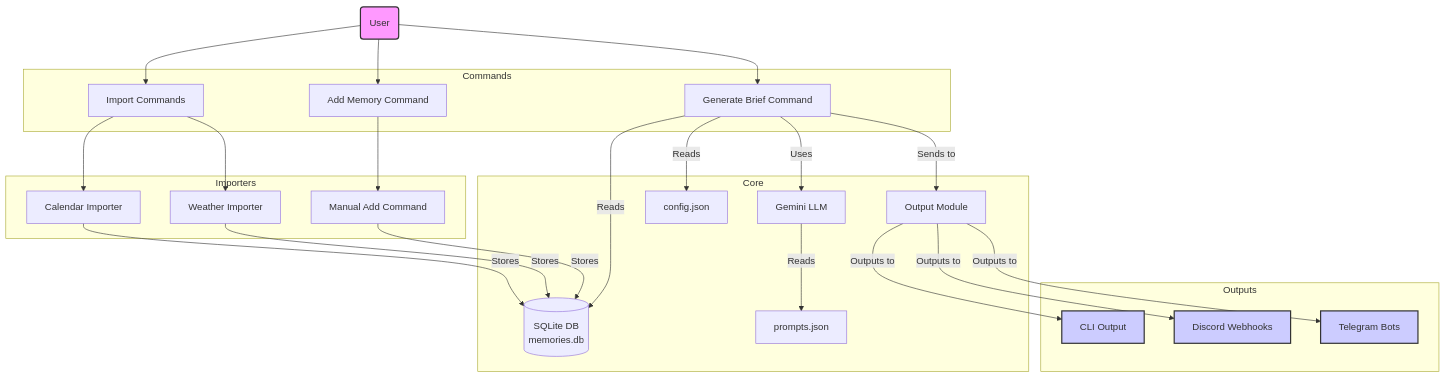
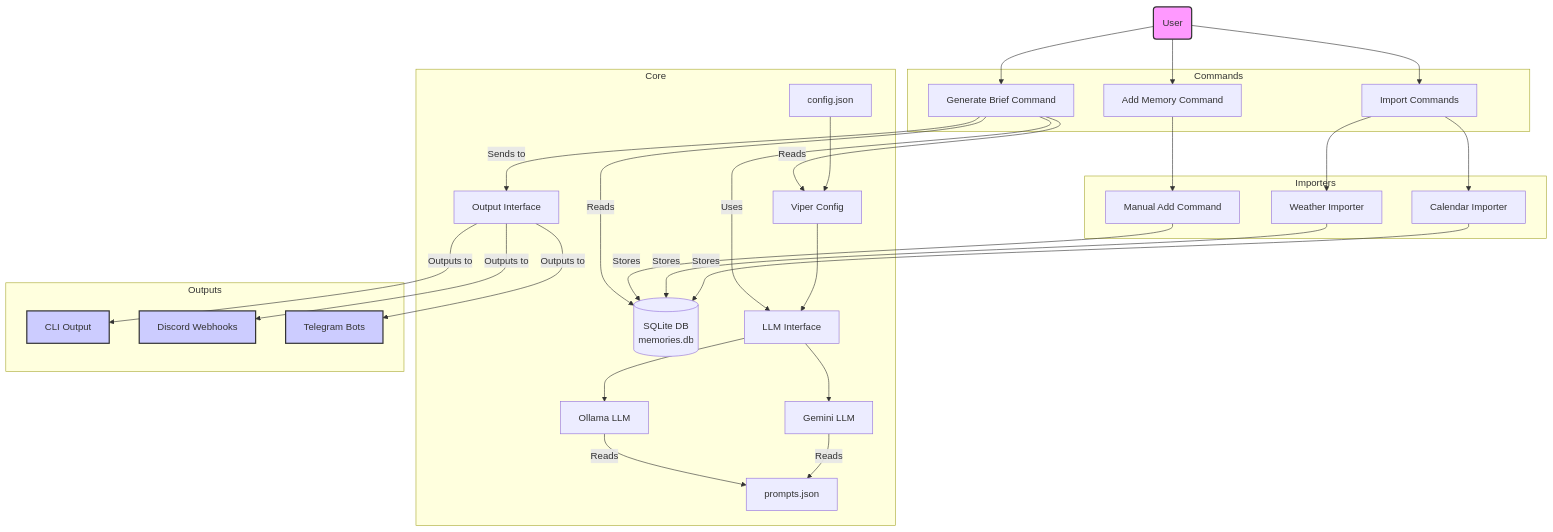
One commit to lepinkainen/hovimestari changed the diagram in PROJECT_CONTEXT.md. Above: the diagram before and after it, drawn with Mermaid. The commit also changed other lines of this file and 1 other file, not shown here.

Commit message:
Update LLM instructions

````diff
--- a/PROJECT_CONTEXT.md
+++ b/PROJECT_CONTEXT.md
@@ -123,55 +176,64 @@
 ```mermaid
 graph TD
     subgraph Importers
         Calendar[Calendar Importer]
         WeatherImporter[Weather Importer]
         Manual[Manual Add Command]
     end
 
     subgraph Core
         Store[(SQLite DB\nmemories.db)]
-        LLM[Gemini LLM]
+        LLMInterface[LLM Interface]
+        Gemini[Gemini LLM]
+        Ollama[Ollama LLM]
         Config[config.json]
+        Viper[Viper Config]
         Prompts[prompts.json]
-        Output[Output Module]
+        Output[Output Interface]
     end
 
     subgraph Commands
         ImportCmd[Import Commands]
         BriefCmd[Generate Brief Command]
         AddCmd[Add Memory Command]
     end
 
     subgraph Outputs
         CLI[CLI Output]
         Discord[Discord Webhooks]
         Telegram[Telegram Bots]
     end
 
     User(User) --> AddCmd
     User --> ImportCmd
     User --> BriefCmd
 
     ImportCmd --> Calendar
     ImportCmd --> WeatherImporter
     AddCmd --> Manual
 
     Calendar -- Stores --> Store
     WeatherImporter -- Stores --> Store
     Manual -- Stores --> Store
 
+    Config --> Viper
+    Viper --> LLMInterface
+    LLMInterface --> Gemini
+    LLMInterface --> Ollama
+
     BriefCmd -- Reads --> Store
-    BriefCmd -- Uses --> LLM
-    BriefCmd -- Reads --> Config
-    LLM -- Reads --> Prompts
+    BriefCmd -- Uses --> LLMInterface
+    BriefCmd -- Reads --> Viper
+    Gemini -- Reads --> Prompts
+    Ollama -- Reads --> Prompts
 
     BriefCmd -- Sends to --> Output
     Output -- Outputs to --> CLI
     Output -- Outputs to --> Discord
     Output -- Outputs to --> Telegram
 
     style User fill:#f9f,stroke:#333,stroke-width:2px
     style CLI fill:#ccf,stroke:#333,stroke-width:2px
     style Discord fill:#ccf,stroke:#333,stroke-width:2px
     style Telegram fill:#ccf,stroke:#333,stroke-width:2px
 ```
````
